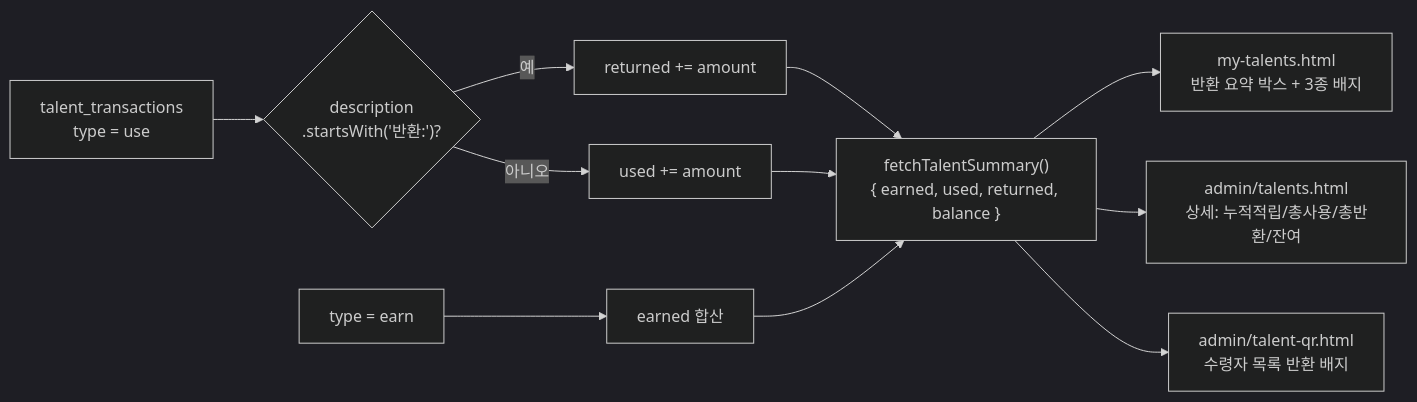
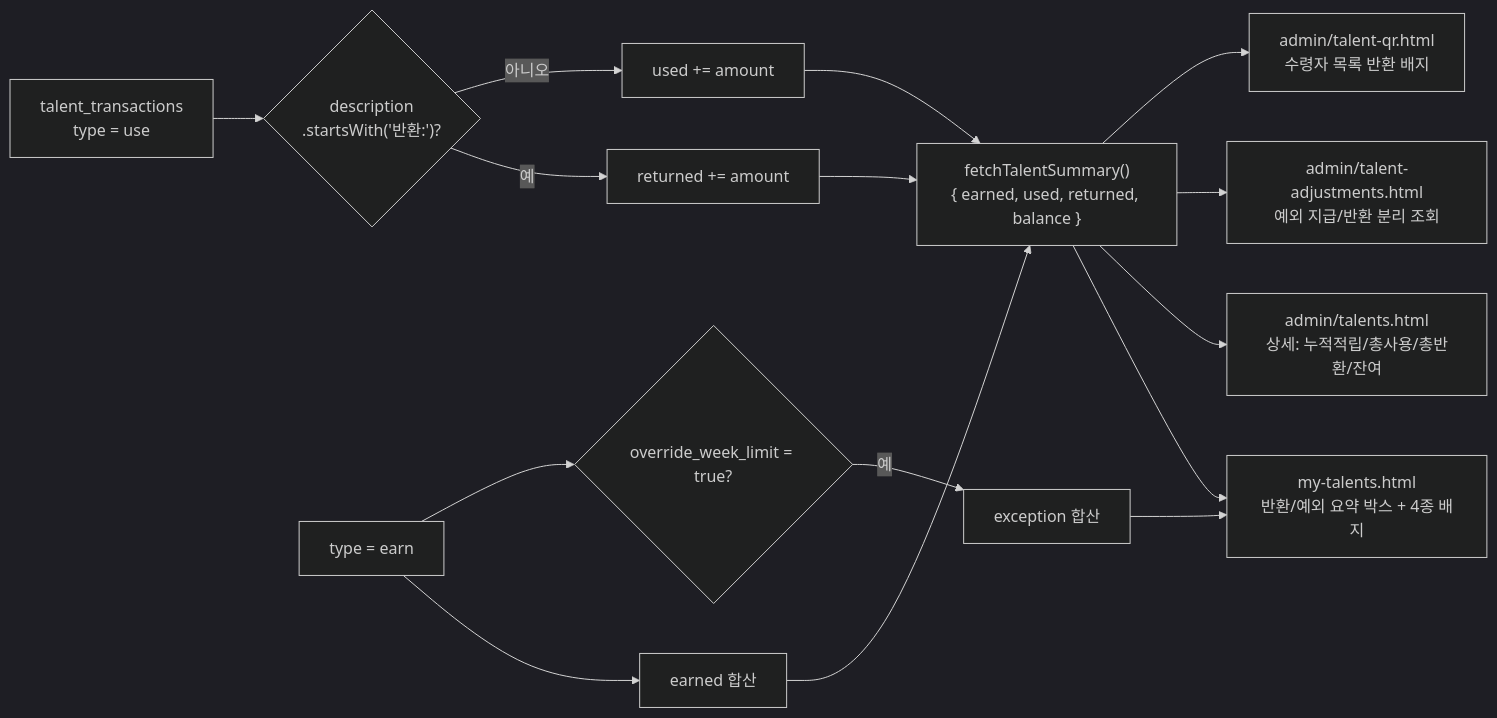
Diagram 11 of 16 in docs/PROJECT_ARCHITECTURE_FLOW.md (CHO-Talents-Test/CHO-Talents-Test), drawn with Mermaid (dark theme) before and after one commit. The commit also changed other lines of this file and 55 other files, not shown here.

````diff
--- a/docs/PROJECT_ARCHITECTURE_FLOW.md
+++ b/docs/PROJECT_ARCHITECTURE_FLOW.md
@@ -454,13 +458,17 @@
 ```mermaid
 flowchart LR
   UseQuery["talent_transactions<br/>type = use"] --> Filter{"description<br/>.startsWith('반환:')?"}
   Filter -->|예| Returned["returned += amount"]
   Filter -->|아니오| Used["used += amount"]
   EarnQuery["type = earn"] --> Earned["earned 합산"]
+  EarnQuery --> Exception{"override_week_limit = true?"}
+  Exception -->|예| ExceptionSum["exception 합산"]
   Returned --> Summary["fetchTalentSummary()<br/>{ earned, used, returned, balance }"]
   Used --> Summary
   Earned --> Summary
-  Summary --> MyTalents["my-talents.html<br/>반환 요약 박스 + 3종 배지"]
+  ExceptionSum --> MyTalents
+  Summary --> MyTalents["my-talents.html<br/>반환/예외 요약 박스 + 4종 배지"]
   Summary --> AdminDetail["admin/talents.html<br/>상세: 누적적립/총사용/총반환/잔여"]
+  Summary --> Adjustments["admin/talent-adjustments.html<br/>예외 지급/반환 분리 조회"]
   Summary --> QRScan["admin/talent-qr.html<br/>수령자 목록 반환 배지"]
 ```
````
